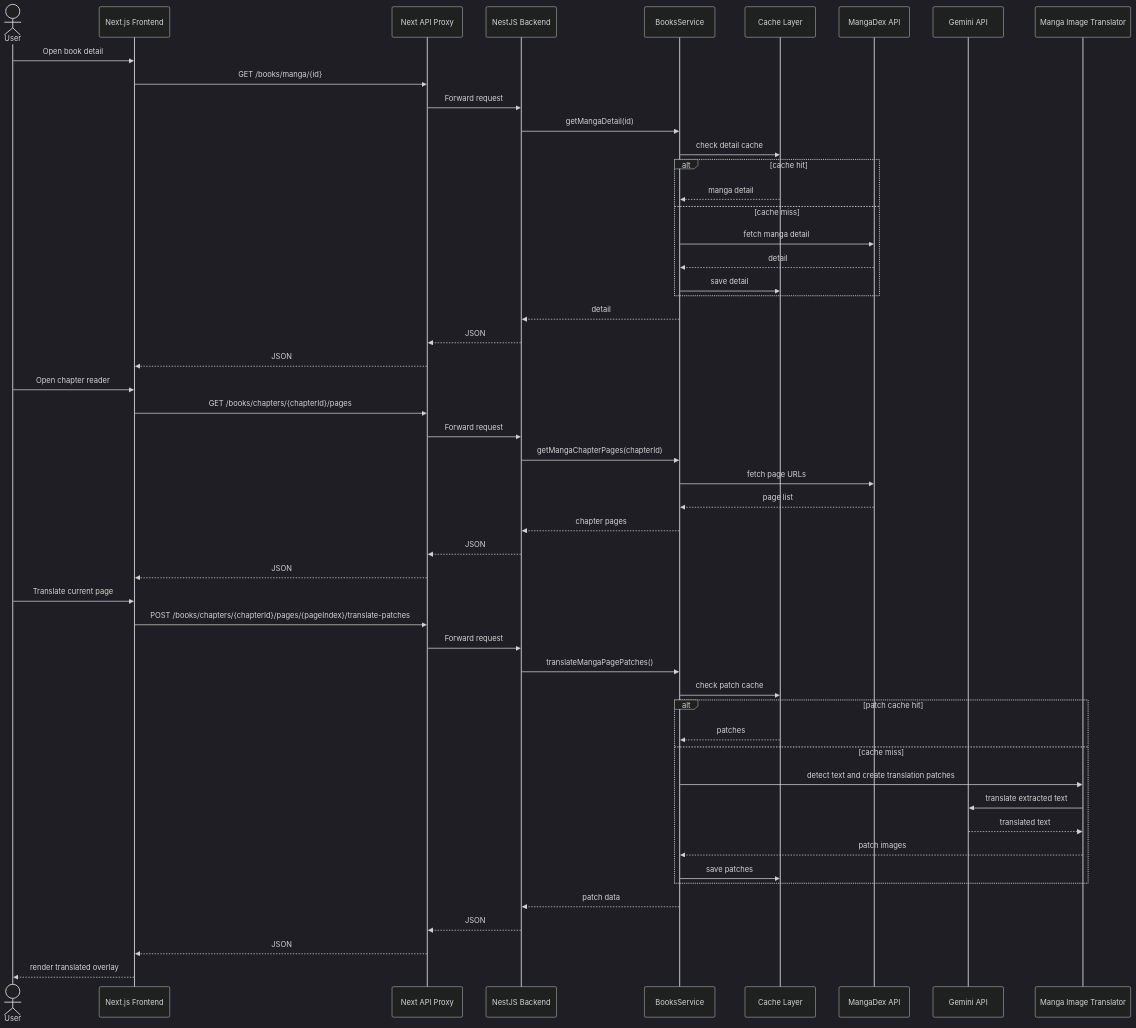
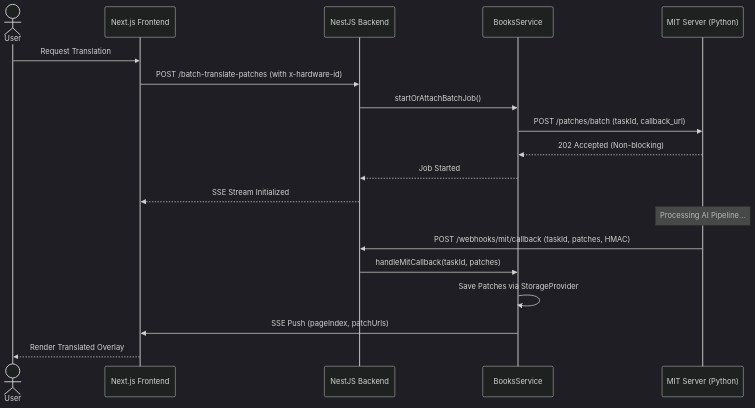
One commit to Slow-Inc/MangaDock changed the fifth of 6 diagrams in Documents/Software Engineer/UML_REPORT.md. Above: the diagram before and after it, drawn with Mermaid (dark theme). The commit also changed other lines of this file and 54 other files, not shown here.

````diff
--- a/Documents/Software Engineer/UML_REPORT.md
+++ b/Documents/Software Engineer/UML_REPORT.md
@@ -363,57 +171,24 @@
 ```mermaid
 sequenceDiagram
 actor User
 participant FE as Next.js Frontend
-participant Proxy as Next API Proxy
 participant BE as NestJS Backend
 participant BS as BooksService
-participant Cache as Cache Layer
-participant MD as MangaDex API
-participant GM as Gemini API
-participant MIT as Manga Image Translator
+participant MIT as MIT Server (Python)
 
-User->>FE: Open book detail
-FE->>Proxy: GET /books/manga/{id}
-Proxy->>BE: Forward request
-BE->>BS: getMangaDetail(id)
-BS->>Cache: check detail cache
-alt cache hit
-  Cache-->>BS: manga detail
-else cache miss
-  BS->>MD: fetch manga detail
-  MD-->>BS: detail
-  BS->>Cache: save detail
-end
-BS-->>BE: detail
-BE-->>Proxy: JSON
-Proxy-->>FE: JSON
+User->>FE: Request Translation
+FE->>BE: POST /batch-translate-patches (with x-hardware-id)
+BE->>BS: startOrAttachBatchJob()
+BS->>MIT: POST /patches/batch (taskId, callback_url)
+MIT-->>BS: 202 Accepted (Non-blocking)
+BS-->>BE: Job Started
+BE-->>FE: SSE Stream Initialized
 
-User->>FE: Open chapter reader
-FE->>Proxy: GET /books/chapters/{chapterId}/pages
-Proxy->>BE: Forward request
-BE->>BS: getMangaChapterPages(chapterId)
-BS->>MD: fetch page URLs
-MD-->>BS: page list
-BS-->>BE: chapter pages
-BE-->>Proxy: JSON
-Proxy-->>FE: JSON
+Note over MIT: Processing AI Pipeline...
 
-User->>FE: Translate current page
-FE->>Proxy: POST /books/chapters/{chapterId}/pages/{pageIndex}/translate-patches
-Proxy->>BE: Forward request
-BE->>BS: translateMangaPagePatches()
-BS->>Cache: check patch cache
-alt patch cache hit
-  Cache-->>BS: patches
-else cache miss
-  BS->>MIT: detect text and create translation patches
-  MIT->>GM: translate extracted text
-  GM-->>MIT: translated text
-  MIT-->>BS: patch images
-  BS->>Cache: save patches
-end
-BS-->>BE: patch data
-BE-->>Proxy: JSON
-Proxy-->>FE: JSON
-FE-->>User: render translated overlay
+MIT->>BE: POST /webhooks/mit/callback (taskId, patches, HMAC)
+BE->>BS: handleMitCallback(taskId, patches)
+BS->>BS: Save Patches via StorageProvider
+BS->>FE: SSE Push (pageIndex, patchUrls)
+FE-->>User: Render Translated Overlay
 ```
````
